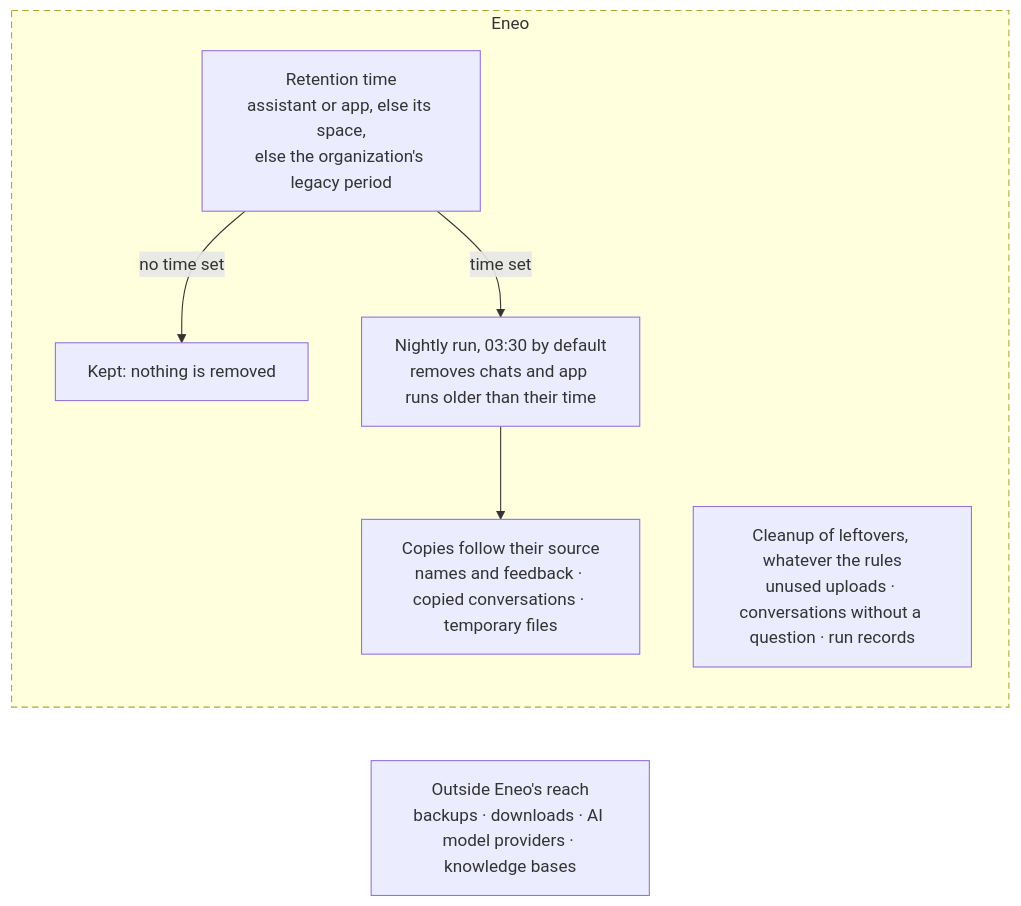
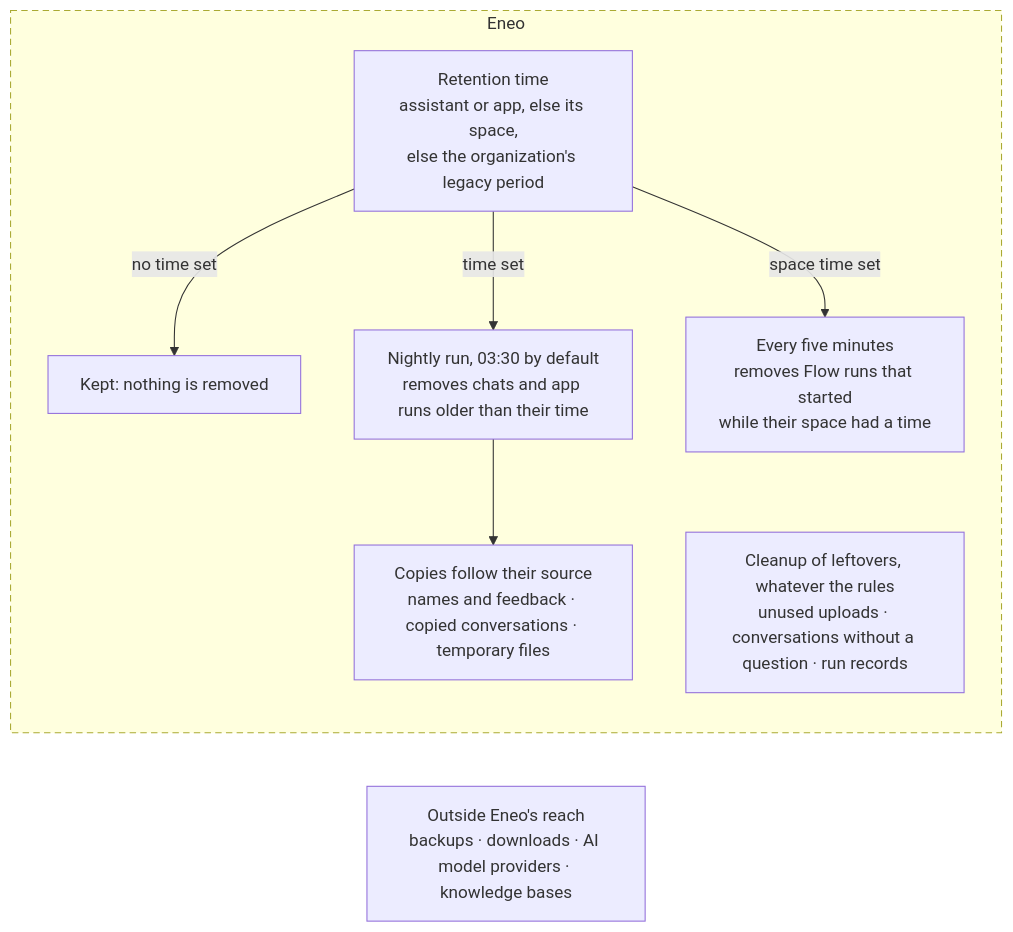
The first of 2 diagrams in frontend/apps/docs-site/src/content/guides/data-retention.mdx (eneo-ai/eneo), drawn with Mermaid before and after one commit. The commit also changed other lines of this file and 15 other files, not shown here.

First line of the commit message:
docs(flows): describe automatic removal of Flow runs

````diff
--- a/frontend/apps/docs-site/src/content/guides/data-retention.mdx
+++ b/frontend/apps/docs-site/src/content/guides/data-retention.mdx
@@ -3,15 +3,16 @@
 ```mermaid
 flowchart TB
   accTitle: How retention works
-  accDescr: A retention time on an assistant or app, else on its space, else the organization's legacy period, decides. With no time set, nothing is removed. With a time set, the nightly run, at 03:30 worker time by default, removes chats and app runs older than their time, and the copies Eneo keeps of them follow. Cleanup of leftovers runs whatever the rules. Backups, downloads, AI model providers and knowledge bases are outside Eneo's reach.
+  accDescr: A retention time on an assistant or app, else on its space, else the organization's legacy period, decides. With no time set, nothing is removed. With a time set, the nightly run, at 03:30 worker time by default, removes chats and app runs older than their time, and the copies Eneo keeps of them follow. Every five minutes, Flow runs that started while their space had a time are removed once older than it. Cleanup of leftovers runs whatever the rules. Backups, downloads, AI model providers and knowledge bases are outside Eneo's reach.
   subgraph eneo["Eneo"]
     direction TB
     time["Retention time\nassistant or app, else its space,\nelse the organization's legacy period"] -->|"no time set"| keep["Kept: nothing is removed"]
     time -->|"time set"| run["Nightly run, 03:30 by default\nremoves chats and app runs older than their time"]
+    time -->|"space time set"| flows["Every five minutes\nremoves Flow runs that started\nwhile their space had a time"]
     run --> copies["Copies follow their source\nnames and feedback · copied conversations · temporary files"]
     cleanup["Cleanup of leftovers, whatever the rules\nunused uploads · conversations without a question · run records"]
   end
   outside["Outside Eneo's reach\nbackups · downloads · AI model providers · knowledge bases"]
   eneo ~~~ outside
   style eneo stroke-dasharray: 6 4
 ```
````
